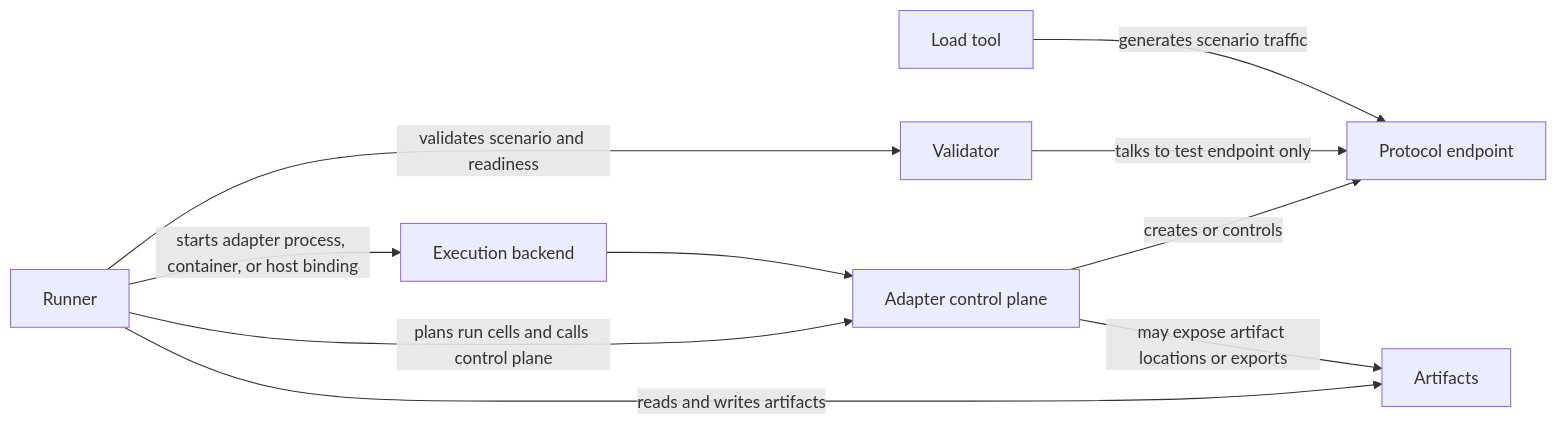
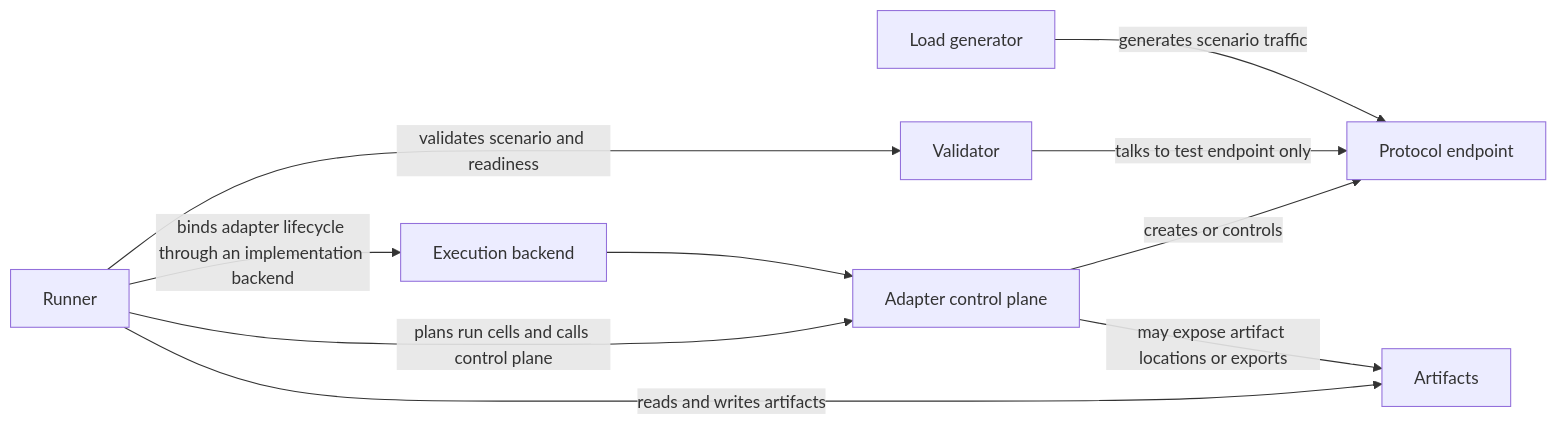
Before and after one commit to incursa/protocol-lab: the diagram in docs/architecture/adapter-contract-v1.md, drawn with Mermaid. The commit also changed other lines of this file and 516 other files, not shown here.

````diff
--- a/docs/architecture/adapter-contract-v1.md
+++ b/docs/architecture/adapter-contract-v1.md
@@ -21,20 +20,20 @@
 ```mermaid
 flowchart LR
     Runner["Runner"]
     Backend["Execution backend"]
     Adapter["Adapter control plane"]
     Endpoint["Protocol endpoint"]
     Validator["Validator"]
-    LoadTool["Load tool"]
+    LoadGenerator["Load generator"]
     Artifacts["Artifacts"]
 
     Runner -->|plans run cells and calls control plane| Adapter
-    Runner -->|starts adapter process, container, or host binding| Backend
+    Runner -->|binds adapter lifecycle through an implementation backend| Backend
     Backend --> Adapter
     Adapter -->|creates or controls| Endpoint
     Runner -->|validates scenario and readiness| Validator
     Validator -->|talks to test endpoint only| Endpoint
-    LoadTool -->|generates scenario traffic| Endpoint
+    LoadGenerator -->|generates scenario traffic| Endpoint
     Runner -->|reads and writes artifacts| Artifacts
     Adapter -->|may expose artifact locations or exports| Artifacts
 ```
````
